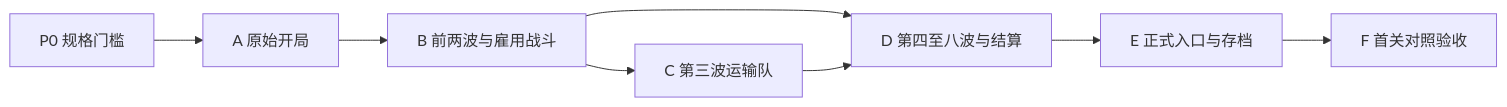
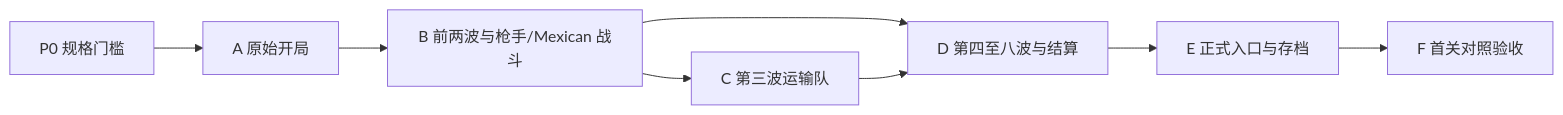
The second of 2 diagrams in apps/gunsnglory/docs/implementation-plan.md (wishflow/wishflow-tools), drawn with Mermaid before and after one commit. The commit also changed other lines of this file and 2 other files, not shown here.

````diff
--- a/apps/gunsnglory/docs/implementation-plan.md
+++ b/apps/gunsnglory/docs/implementation-plan.md
@@ -152,10 +152,10 @@
 ```mermaid
 flowchart LR
     P0["P0 规格门槛"] --> A["A 原始开局"]
-    A --> B["B 前两波与雇用战斗"]
+    A --> B["B 前两波与枪手/Mexican 战斗"]
     B --> C["C 第三波运输队"]
     B --> D["D 第四至八波与结算"]
     C --> D
     D --> E["E 正式入口与存档"]
     E --> F["F 首关对照验收"]
 ```
````
